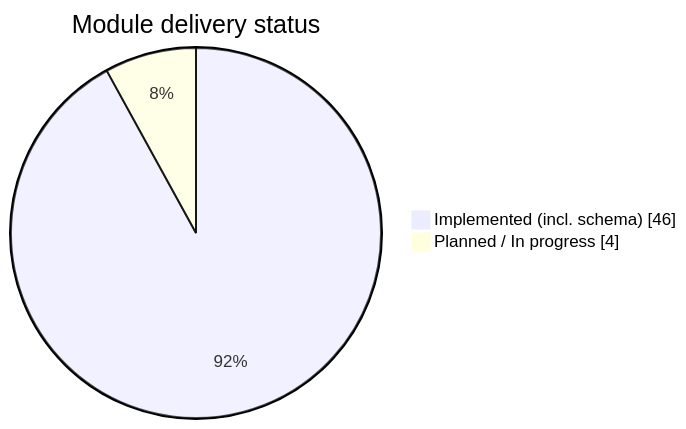
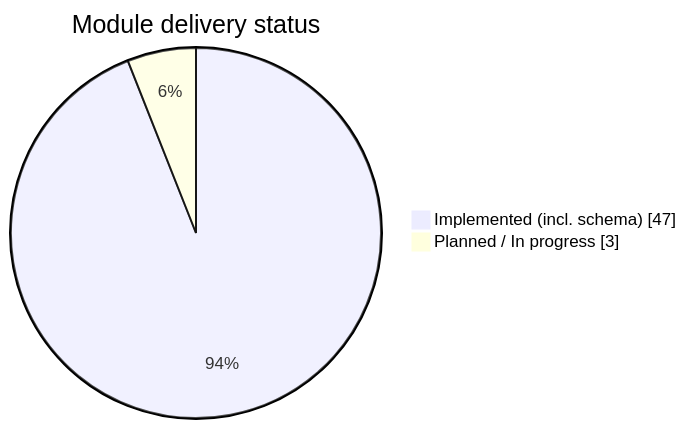
The first of 2 diagrams in docs/6_Module-Status-and-Roadmap.md (RITH-1437/educore), drawn with Mermaid before and after one commit. The commit also changed other lines of this file and 35 other files, not shown here.

````diff
--- a/docs/6_Module-Status-and-Roadmap.md
+++ b/docs/6_Module-Status-and-Roadmap.md
@@ -47,6 +47,6 @@
 ```mermaid
 pie showData
   title Module delivery status
-  "Implemented (incl. schema)" : 46
-  "Planned / In progress" : 4
+  "Implemented (incl. schema)" : 47
+  "Planned / In progress" : 3
 ```
````
